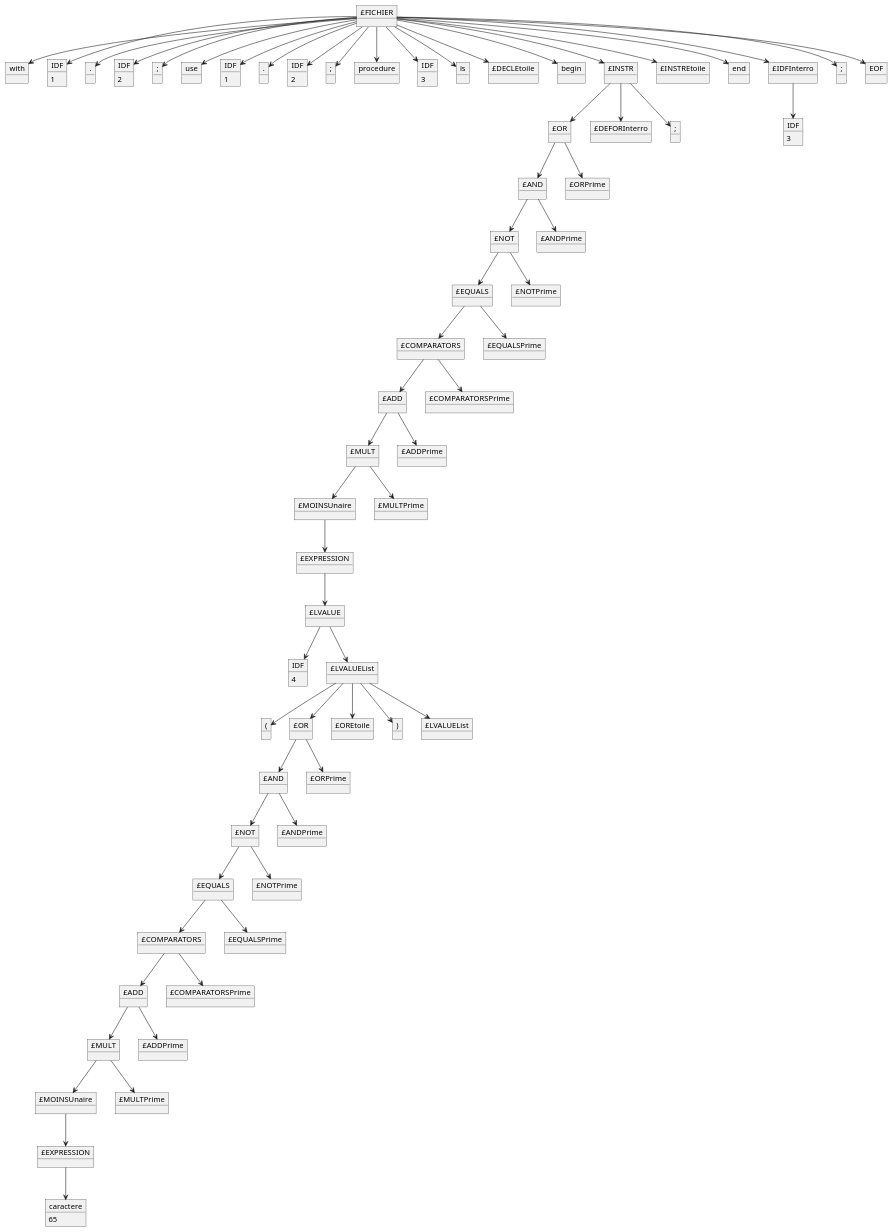
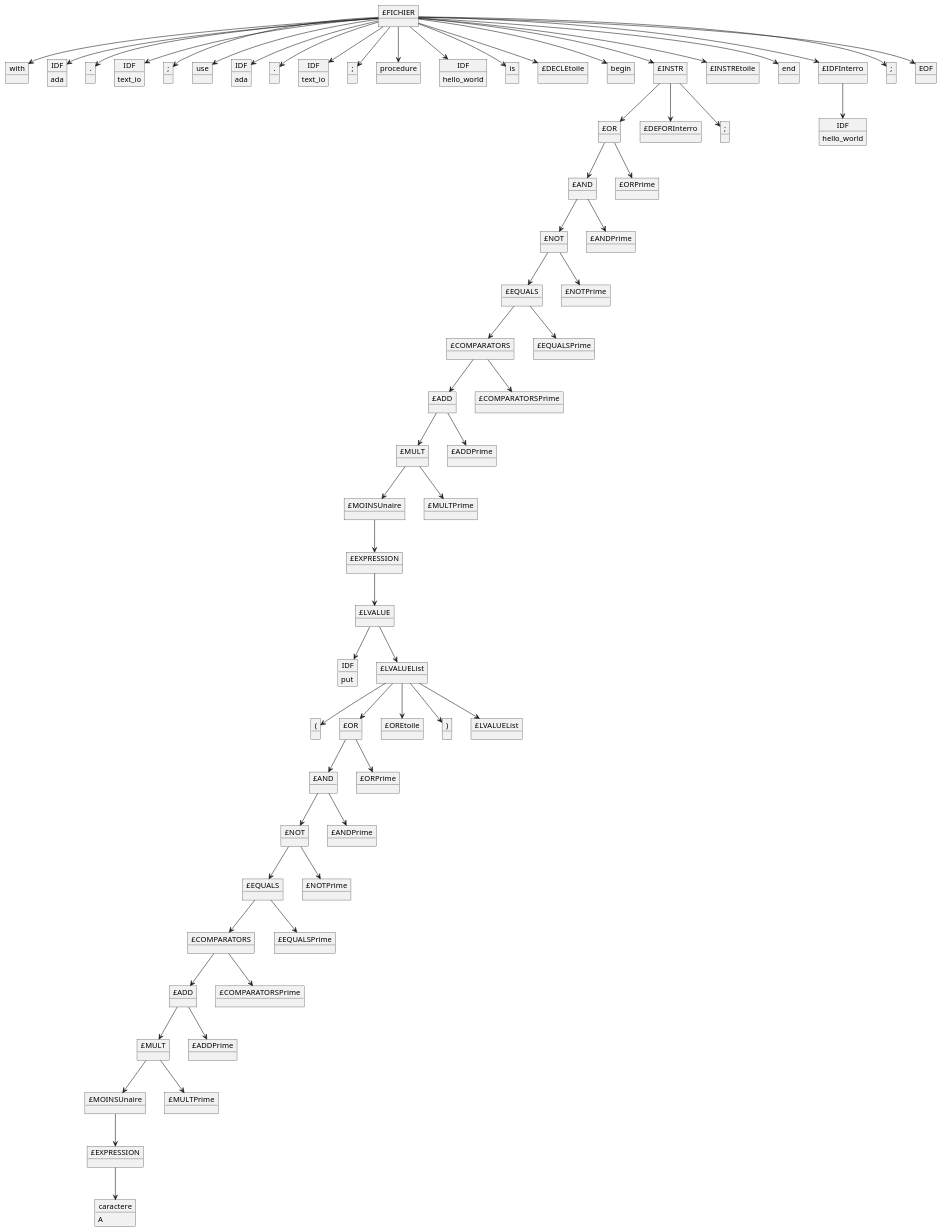
One commit to LeBoufty/pcl changed the diagram in Programmes/Fonctionne/hello_world.adb.puml. Above: the diagram before and after it, drawn with PlantUML. The commit also changed 6 other files, not shown here.

```diff
--- a/Programmes/Fonctionne/hello_world.adb.puml
+++ b/Programmes/Fonctionne/hello_world.adb.puml
@@ -1,139 +1,139 @@
 @startuml Arbre_Syntaxique
 object "£FICHIER" as 1
 object "with" as 2
 object "IDF" as 3
-3 : 1
+3 : ada
 object "." as 4
 object "IDF" as 5
-5 : 2
+5 : text_io
 object ";" as 6
 object "use" as 7
 object "IDF" as 8
-8 : 1
+8 : ada
 object "." as 9
 object "IDF" as 10
-10 : 2
+10 : text_io
 object ";" as 11
 object "procedure" as 12
 object "IDF" as 13
-13 : 3
+13 : hello_world
 object "is" as 14
 object "£DECLEtoile" as 15
 object "begin" as 16
 object "£INSTR" as 17
 object "£INSTREtoile" as 18
 object "end" as 19
 object "£IDFInterro" as 20
 object ";" as 21
 object "EOF" as 22
 object "£OR" as 23
 object "£DEFORInterro" as 24
 object ";" as 25
 object "IDF" as 26
-26 : 3
+26 : hello_world
 object "£AND" as 27
 object "£ORPrime" as 28
 object "£NOT" as 29
 object "£ANDPrime" as 30
 object "£EQUALS" as 31
 object "£NOTPrime" as 32
 object "£COMPARATORS" as 33
 object "£EQUALSPrime" as 34
 object "£ADD" as 35
 object "£COMPARATORSPrime" as 36
 object "£MULT" as 37
 object "£ADDPrime" as 38
 object "£MOINSUnaire" as 39
 object "£MULTPrime" as 40
 object "£EXPRESSION" as 41
 object "£LVALUE" as 42
 object "IDF" as 43
-43 : 4
+43 : put
 object "£LVALUEList" as 44
 object "(" as 45
 object "£OR" as 46
 object "£OREtoile" as 47
 object ")" as 48
 object "£LVALUEList" as 49
 object "£AND" as 50
 object "£ORPrime" as 51
 object "£NOT" as 52
 object "£ANDPrime" as 53
 object "£EQUALS" as 54
 object "£NOTPrime" as 55
 object "£COMPARATORS" as 56
 object "£EQUALSPrime" as 57
 object "£ADD" as 58
 object "£COMPARATORSPrime" as 59
 object "£MULT" as 60
 object "£ADDPrime" as 61
 object "£MOINSUnaire" as 62
 object "£MULTPrime" as 63
 object "£EXPRESSION" as 64
 object "caractere" as 65
-65 : 65
+65 : A
 1 -down-> 2
 1 -down-> 3
 1 -down-> 4
 1 -down-> 5
 1 -down-> 6
 1 -down-> 7
 1 -down-> 8
 1 -down-> 9
 1 -down-> 10
 1 -down-> 11
 1 -down-> 12
 1 -down-> 13
 1 -down-> 14
 1 -down-> 15
 1 -down-> 16
 1 -down-> 17
 1 -down-> 18
 1 -down-> 19
 1 -down-> 20
 1 -down-> 21
 1 -down-> 22
 17 -down-> 23
 17 -down-> 24
 17 -down-> 25
 20 -down-> 26
 23 -down-> 27
 23 -down-> 28
 27 -down-> 29
 27 -down-> 30
 29 -down-> 31
 29 -down-> 32
 31 -down-> 33
 31 -down-> 34
 33 -down-> 35
 33 -down-> 36
 35 -down-> 37
 35 -down-> 38
 37 -down-> 39
 37 -down-> 40
 39 -down-> 41
 41 -down-> 42
 42 -down-> 43
 42 -down-> 44
 44 -down-> 45
 44 -down-> 46
 44 -down-> 47
 44 -down-> 48
 44 -down-> 49
 46 -down-> 50
 46 -down-> 51
 50 -down-> 52
 50 -down-> 53
 52 -down-> 54
 52 -down-> 55
 54 -down-> 56
 54 -down-> 57
 56 -down-> 58
 56 -down-> 59
 58 -down-> 60
 58 -down-> 61
 60 -down-> 62
 60 -down-> 63
 62 -down-> 64
 64 -down-> 65
 @enduml
```
